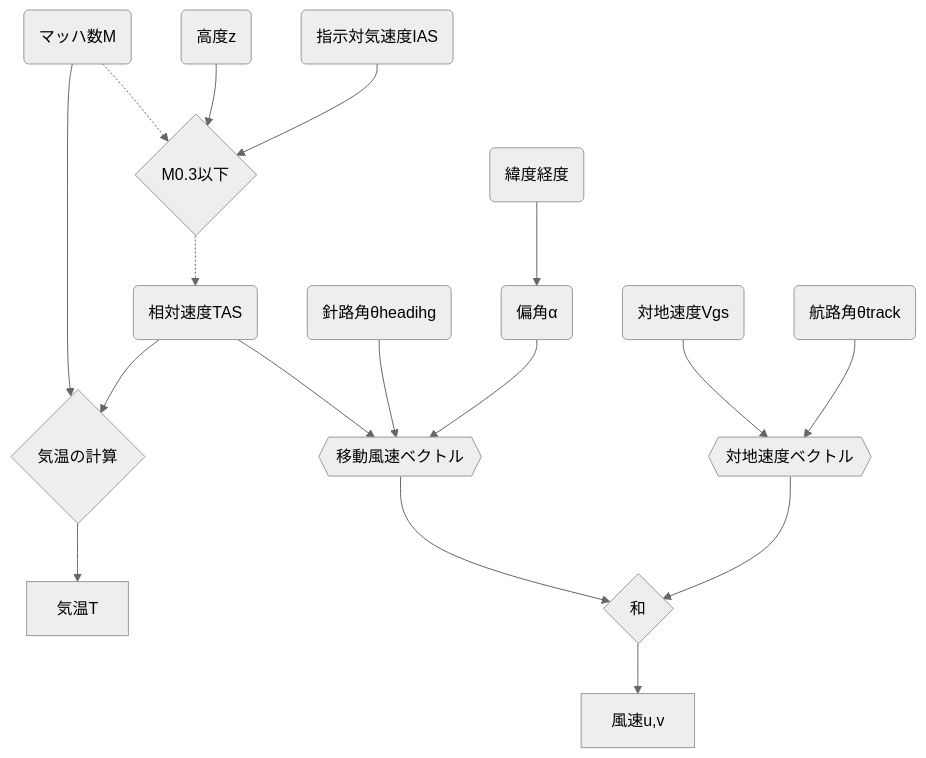
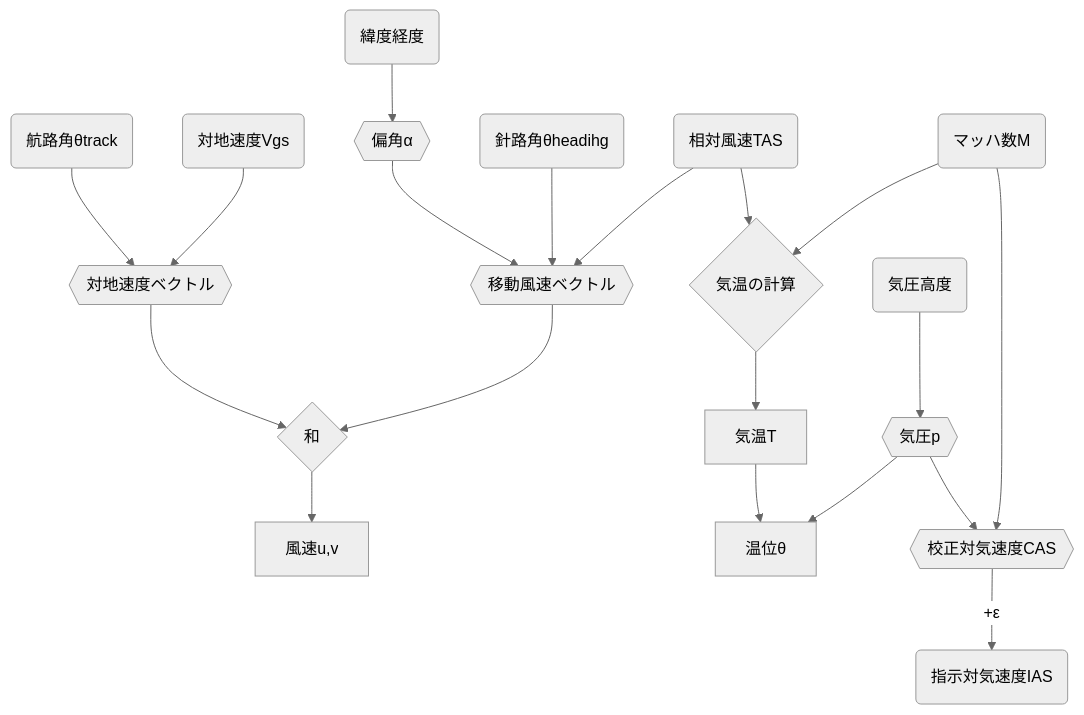
Before and after one commit to nihsok/sdr: the diagram in aircraft/ads-b/README.md, drawn with Mermaid (neutral theme). The commit also changed other lines of this file, not shown here.

Commit message:
フローチャート

````diff
--- a/aircraft/ads-b/README.md
+++ b/aircraft/ads-b/README.md
@@ -86,22 +88,27 @@
 ```mermaid
 flowchart TD
-  A(相対速度TAS) --> C{気温の計算}
+  A(相対風速TAS) --> C{気温の計算}
   B(マッハ数M) --> C
   C --> D[気温T]
-  E(指示対気速度IAS) --> F{M0.3以下}
-  G(高度z) --> F
-  F -.-> A
-  B -.-> F
 
   H(航路角θtrack) --> I
   J(対地速度Vgs) --> I{{対地速度ベクトル}}
 
-  M(緯度経度) --> N(偏角α)
-  N --> K{{移動風速ベクトル}}
+  M(緯度経度) --> N{{偏角α}}
+  N --> K
   L(針路角θheadihg) --> K
-  A --> K
+  A --> K{{移動風速ベクトル}}
+
 
   I --> O{和}
   K --> O
   O --> P[風速u,v]
+
+  Q(気圧高度) --> R{{気圧p}}
+  D --> S
+  R --> S[温位θ]
+
+  R --> T{{校正対気速度CAS}}
+  B --> T
+  T --+ε--> U(指示対気速度IAS)
 ```
````
